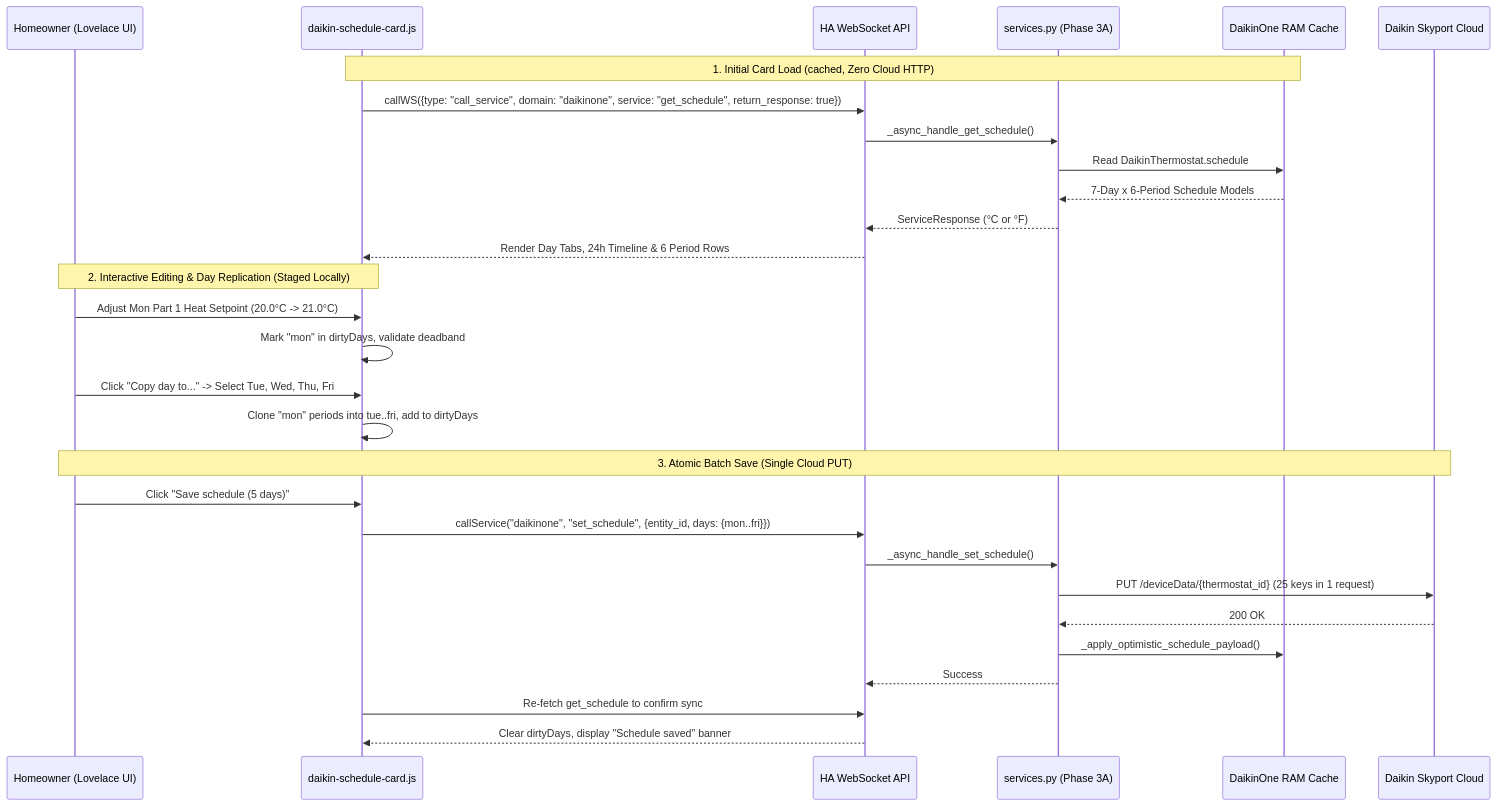
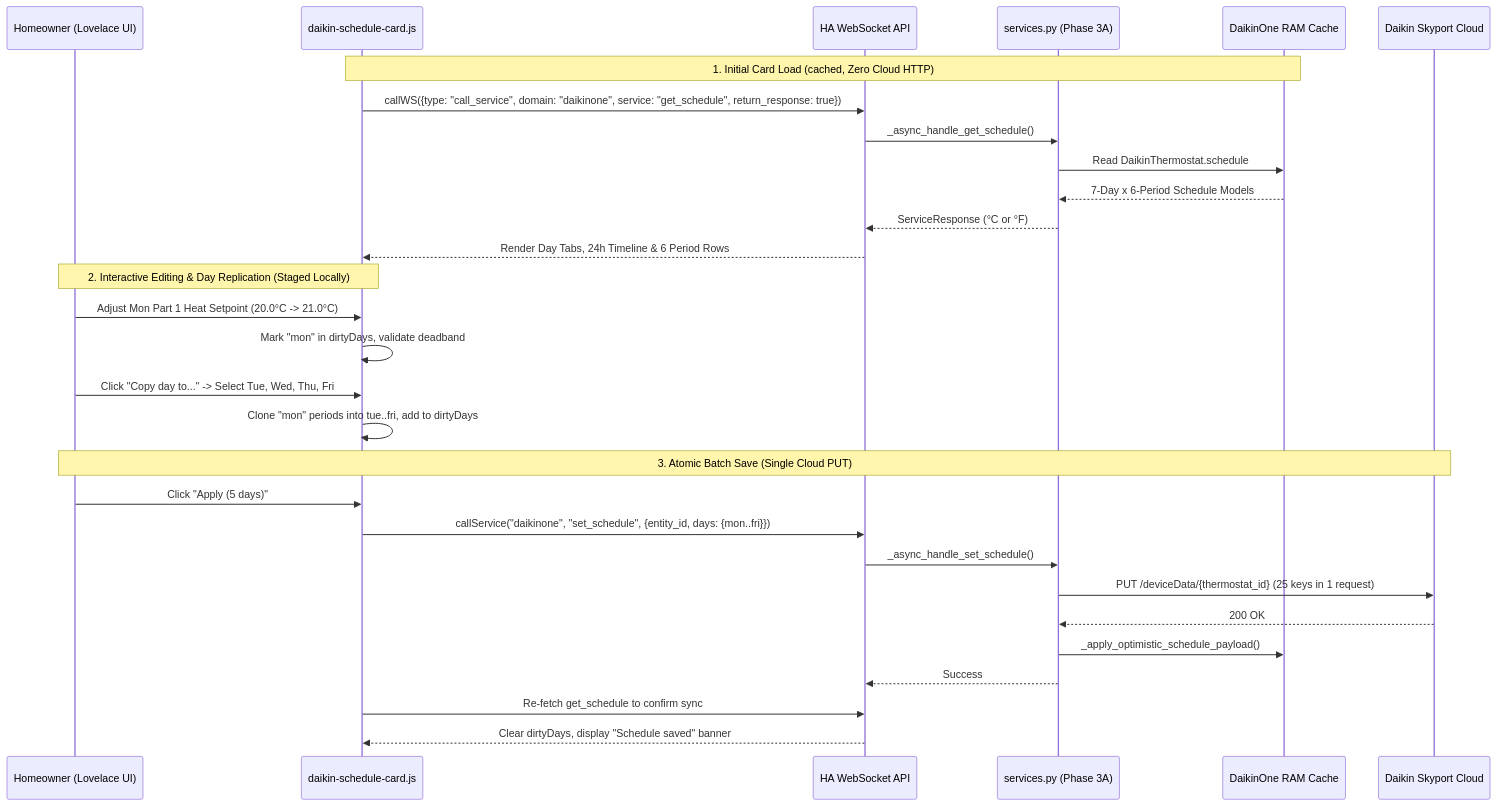
One commit to wirecuttr/daikin-schedule-card changed the diagram in docs/19_seven_day_schedule_lovelace_card_design.md. Above: the diagram before and after it, drawn with Mermaid. The commit also changed other lines of this file and 3 other files, not shown here.

Commit message:
feat(ui): update action button label from 'Save schedule' to 'Apply'

````diff
--- a/docs/19_seven_day_schedule_lovelace_card_design.md
+++ b/docs/19_seven_day_schedule_lovelace_card_design.md
@@ -31,34 +31,34 @@
 ```mermaid
 sequenceDiagram
     participant User as Homeowner (Lovelace UI)
     participant Card as daikin-schedule-card.js
     participant WS as HA WebSocket API
     participant Svc as services.py (Phase 3A)
     participant RAM as DaikinOne RAM Cache
     participant Cloud as Daikin Skyport Cloud
 
     Note over Card,RAM: 1. Initial Card Load (cached, Zero Cloud HTTP)
     Card->>WS: callWS({type: "call_service", domain: "daikinone", service: "get_schedule", return_response: true})
     WS->>Svc: _async_handle_get_schedule()
     Svc->>RAM: Read DaikinThermostat.schedule
     RAM-->>Svc: 7-Day x 6-Period Schedule Models
     Svc-->>WS: ServiceResponse (°C or °F)
     WS-->>Card: Render Day Tabs, 24h Timeline & 6 Period Rows
 
     Note over User,Card: 2. Interactive Editing & Day Replication (Staged Locally)
     User->>Card: Adjust Mon Part 1 Heat Setpoint (20.0°C -> 21.0°C)
     Card->>Card: Mark "mon" in dirtyDays, validate deadband
     User->>Card: Click "Copy day to..." -> Select Tue, Wed, Thu, Fri
     Card->>Card: Clone "mon" periods into tue..fri, add to dirtyDays
 
     Note over User,Cloud: 3. Atomic Batch Save (Single Cloud PUT)
-    User->>Card: Click "Save schedule (5 days)"
+    User->>Card: Click "Apply (5 days)"
     Card->>WS: callService("daikinone", "set_schedule", {entity_id, days: {mon..fri}})
     WS->>Svc: _async_handle_set_schedule()
     Svc->>Cloud: PUT /deviceData/{thermostat_id} (25 keys in 1 request)
     Cloud-->>Svc: 200 OK
     Svc->>RAM: _apply_optimistic_schedule_payload()
     Svc-->>WS: Success
     Card->>WS: Re-fetch get_schedule to confirm sync
     WS-->>Card: Clear dirtyDays, display "Schedule saved" banner
 ```
````
